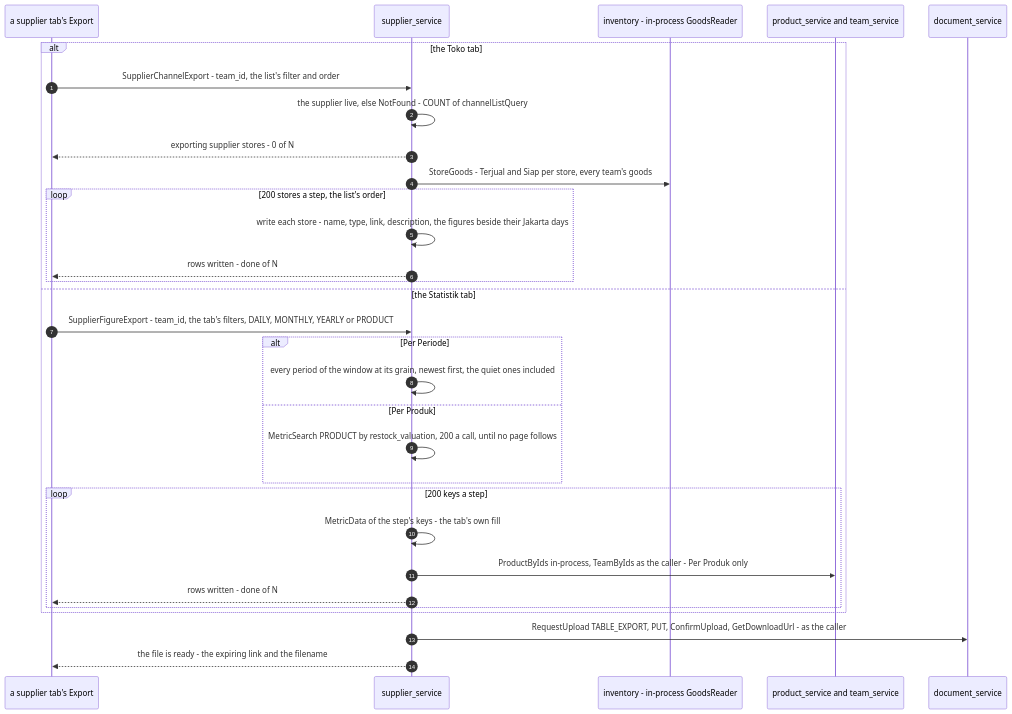
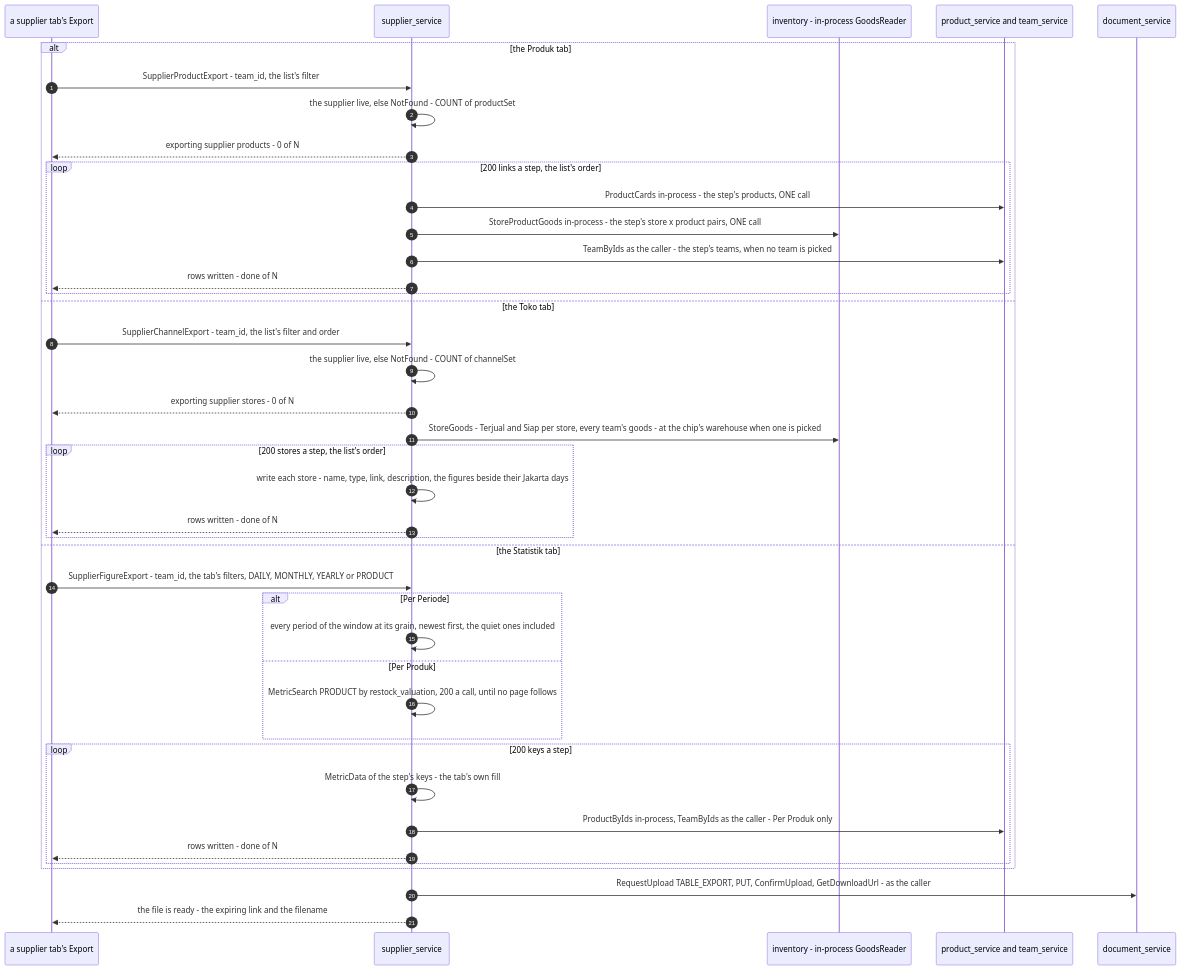
Before and after one commit to pdcgo/warehouse_revamp: diagram 12 of 14 in docs/services/supplier_service/rpc.md, drawn with Mermaid. The commit also changed other lines of this file and 154 other files, not shown here.

````diff
--- a/docs/services/supplier_service/rpc.md
+++ b/docs/services/supplier_service/rpc.md
@@ -321,33 +539,43 @@
 ```mermaid
 sequenceDiagram
   autonumber
   participant C as a supplier tab's Export
   participant S as supplier_service
   participant I as inventory - in-process GoodsReader
   participant N as product_service and team_service
   participant D as document_service
-  alt the Toko tab
+  alt the Produk tab
+    C->>S: SupplierProductExport - team_id, the list's filter
+    S->>S: the supplier live, else NotFound - COUNT of productSet
+    S-->>C: exporting supplier products - 0 of N
+    loop 200 links a step, the list's order
+      S->>N: ProductCards in-process - the step's products, ONE call
+      S->>I: StoreProductGoods in-process - the step's store x product pairs, ONE call
+      S->>N: TeamByIds as the caller - the step's teams, when no team is picked
+      S-->>C: rows written - done of N
+    end
+  else the Toko tab
     C->>S: SupplierChannelExport - team_id, the list's filter and order
-    S->>S: the supplier live, else NotFound - COUNT of channelListQuery
+    S->>S: the supplier live, else NotFound - COUNT of channelSet
     S-->>C: exporting supplier stores - 0 of N
-    S->>I: StoreGoods - Terjual and Siap per store, every team's goods
+    S->>I: StoreGoods - Terjual and Siap per store, every team's goods - at the chip's warehouse when one is picked
     loop 200 stores a step, the list's order
       S->>S: write each store - name, type, link, description, the figures beside their Jakarta days
       S-->>C: rows written - done of N
     end
   else the Statistik tab
     C->>S: SupplierFigureExport - team_id, the tab's filters, DAILY, MONTHLY, YEARLY or PRODUCT
     alt Per Periode
       S->>S: every period of the window at its grain, newest first, the quiet ones included
     else Per Produk
       S->>S: MetricSearch PRODUCT by restock_valuation, 200 a call, until no page follows
     end
     loop 200 keys a step
       S->>S: MetricData of the step's keys - the tab's own fill
       S->>N: ProductByIds in-process, TeamByIds as the caller - Per Produk only
       S-->>C: rows written - done of N
     end
   end
   S->>D: RequestUpload TABLE_EXPORT, PUT, ConfirmUpload, GetDownloadUrl - as the caller
   S-->>C: the file is ready - the expiring link and the filename
 ```
````
